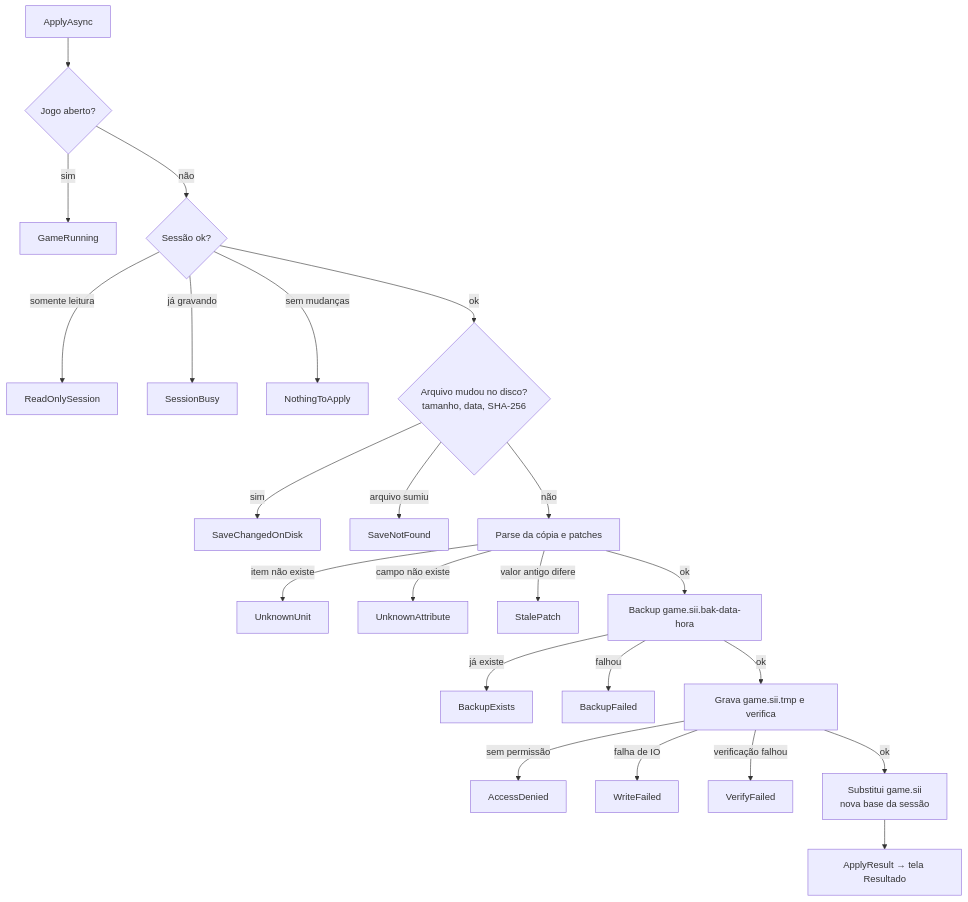
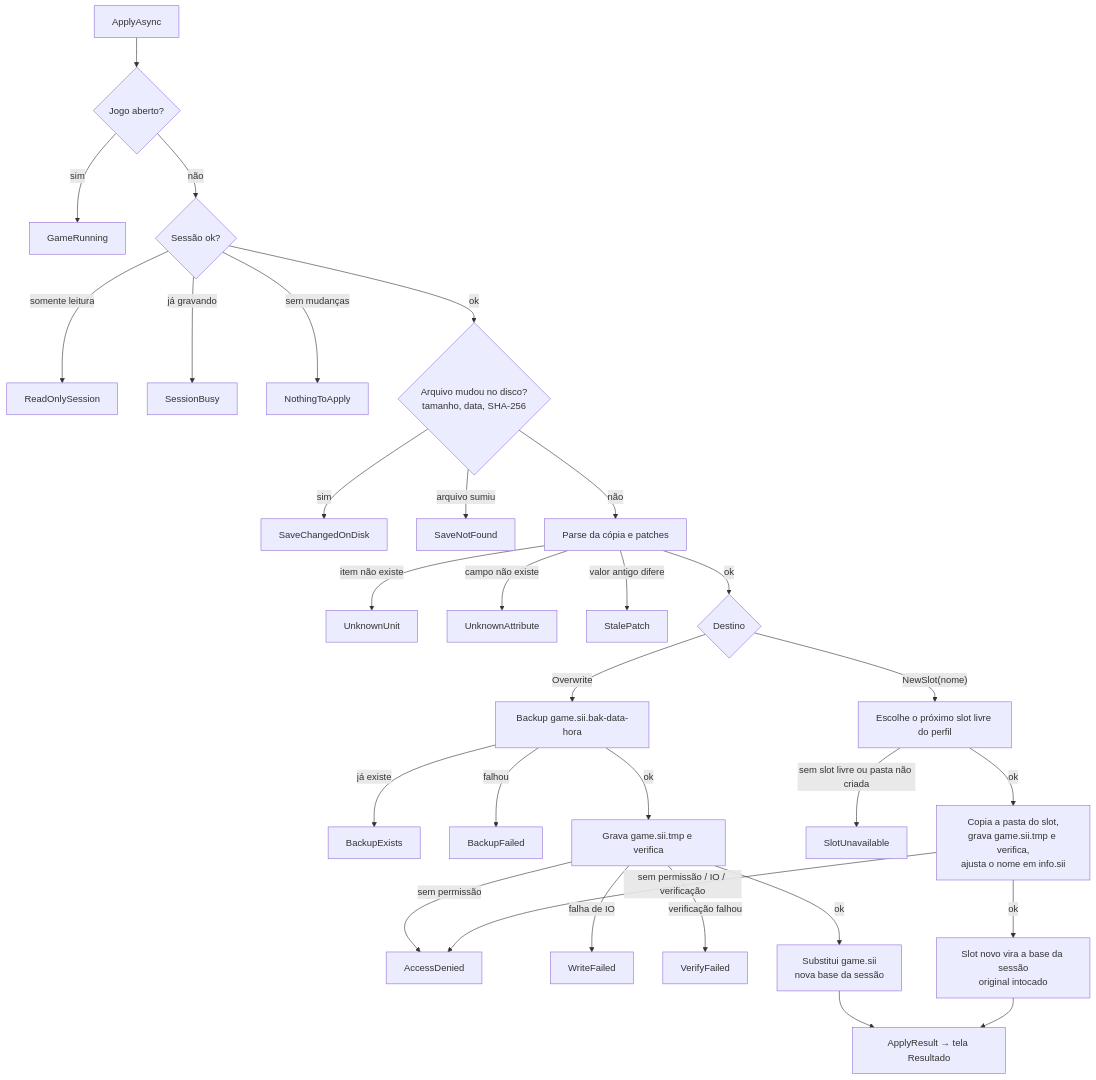
Before and after one commit to enxadadev/own-expeditor: the second of 4 diagrams in design/review-apply/flows.md, drawn with Mermaid. The commit also changed other lines of this file and 30 other files, not shown here.

````diff
--- a/design/review-apply/flows.md
+++ b/design/review-apply/flows.md
@@ -44,25 +58,32 @@
 ```mermaid
 flowchart TD
     S["ApplyAsync"] --> G{"Jogo aberto?"}
     G -->|sim| E1["GameRunning"]
     G -->|não| P{"Sessão ok?"}
     P -->|somente leitura| E2["ReadOnlySession"]
     P -->|já gravando| E3["SessionBusy"]
     P -->|sem mudanças| E4["NothingToApply"]
     P -->|ok| H{"Arquivo mudou no disco?<br/>tamanho, data, SHA-256"}
     H -->|sim| E5["SaveChangedOnDisk"]
     H -->|arquivo sumiu| E6["SaveNotFound"]
     H -->|não| Q["Parse da cópia e patches"]
     Q -->|item não existe| E7["UnknownUnit"]
     Q -->|campo não existe| E8["UnknownAttribute"]
     Q -->|valor antigo difere| E9["StalePatch"]
-    Q -->|ok| B["Backup game.sii.bak-data-hora"]
+    Q -->|ok| D{"Destino"}
+    D -->|Overwrite| B["Backup game.sii.bak-data-hora"]
     B -->|já existe| E10["BackupExists"]
     B -->|falhou| E11["BackupFailed"]
     B -->|ok| T["Grava game.sii.tmp e verifica"]
     T -->|sem permissão| E12["AccessDenied"]
     T -->|falha de IO| E13["WriteFailed"]
     T -->|verificação falhou| E14["VerifyFailed"]
     T -->|ok| M["Substitui game.sii<br/>nova base da sessão"]
     M --> OK["ApplyResult → tela Resultado"]
+    D -->|"NewSlot(nome)"| N1["Escolhe o próximo slot livre do perfil"]
+    N1 -->|sem slot livre ou pasta não criada| E15["SlotUnavailable"]
+    N1 -->|ok| N2["Copia a pasta do slot,<br/>grava game.sii.tmp e verifica,<br/>ajusta o nome em info.sii"]
+    N2 -->|"sem permissão / IO / verificação"| E12
+    N2 -->|ok| N3["Slot novo vira a base da sessão<br/>original intocado"]
+    N3 --> OK
 ```
````
